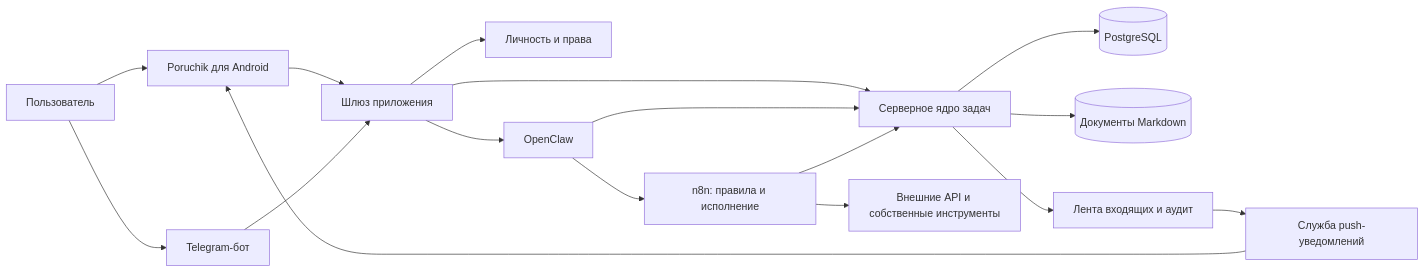
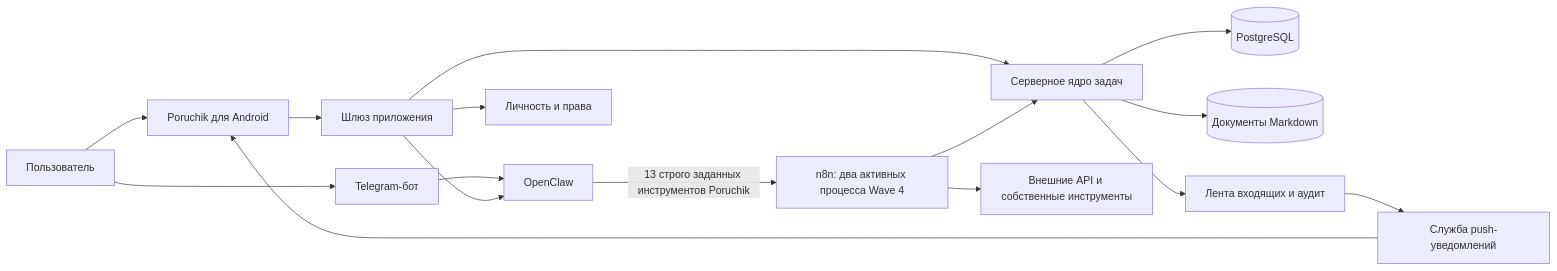
Before and after one commit to DmtrGoltsev/ObsidianVault: the first of 6 diagrams in 02_Знания/Пакеты_контекста/N8NAgents/Android_приложение/03_Архитектура_и_потоки.md, drawn with Mermaid. The commit also changed other lines of this file and 9 other files, not shown here.

Commit message:
docs: зафиксировать production PASS Poruchik Wave 4

````diff
--- a/02_Знания/Пакеты_контекста/N8NAgents/Android_приложение/03_Архитектура_и_потоки.md
+++ b/02_Знания/Пакеты_контекста/N8NAgents/Android_приложение/03_Архитектура_и_потоки.md
@@ -15,24 +17,23 @@
 ```mermaid
 flowchart LR
     U["Пользователь"] --> A["Poruchik для Android"]
     U --> T["Telegram-бот"]
 
     A --> G["Шлюз приложения"]
-    T --> G
+    T --> O
 
     G --> I["Личность и права"]
     G --> C["Серверное ядро задач"]
     G --> O["OpenClaw"]
 
-    O --> C
-    O --> N["n8n: правила и исполнение"]
+    O -->|"13 строго заданных инструментов Poruchik"| N["n8n: два активных процесса Wave 4"]
     N --> X["Внешние API и собственные инструменты"]
     N --> C
 
     C --> P[("PostgreSQL")]
     C --> M[("Документы Markdown")]
     C --> B["Лента входящих и аудит"]
 
     B --> F["Служба push-уведомлений"]
     F --> A
 ```
````
